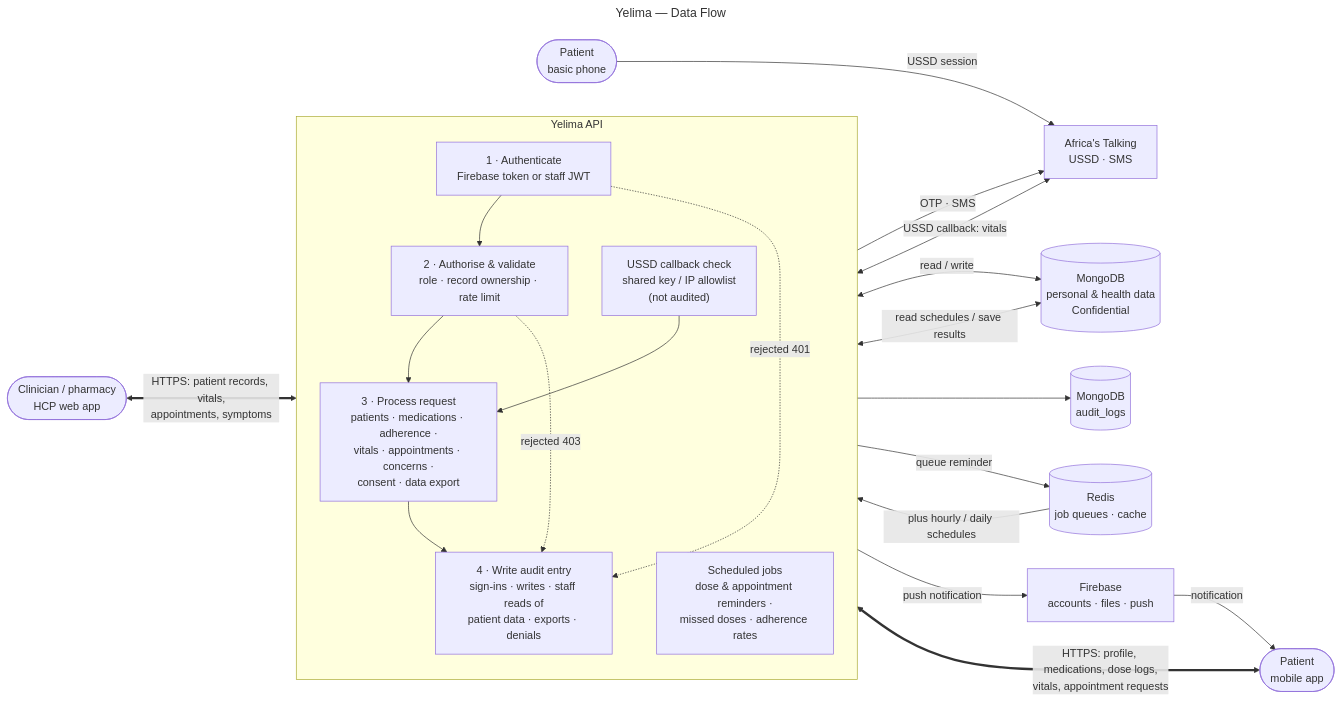
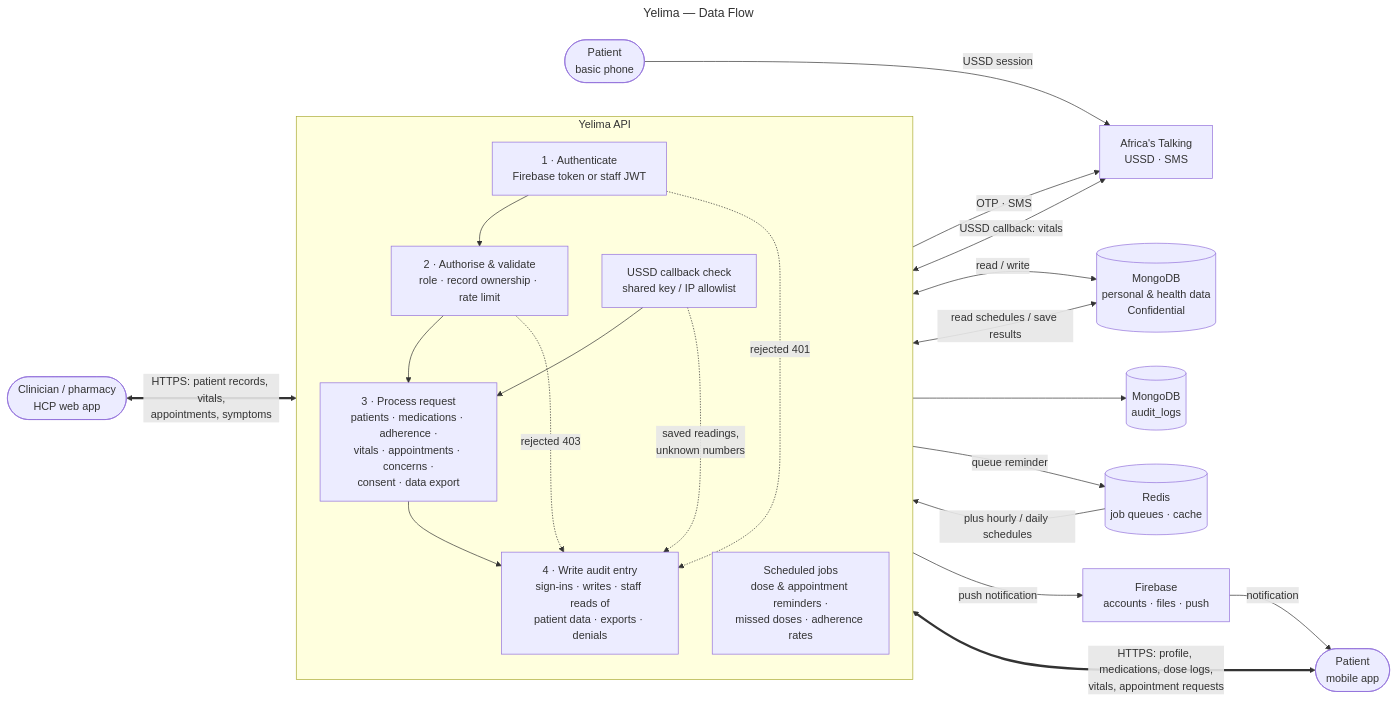
One commit to Zomujo/dnh-server changed the diagram in docs/diagrams/data-flow.mmd. Above: the diagram before and after it, drawn with Mermaid. The commit also changed 11 other files, not shown here.

First line of the commit message:
fix(data-protection): export reminder history and audit USSD readings

```diff
--- a/docs/diagrams/data-flow.mmd
+++ b/docs/diagrams/data-flow.mmd
@@ -1,38 +1,39 @@
 ---
 title: Yelima — Data Flow
 ---
 flowchart LR
   PA(["Patient<br/>mobile app"])
   PU(["Patient<br/>basic phone"])
   HC(["Clinician / pharmacy<br/>HCP web app"])
   AT["Africa's Talking<br/>USSD · SMS"]
 
   subgraph API["Yelima API"]
     direction TB
     A1["1 · Authenticate<br/>Firebase token or staff JWT"]
     A2["2 · Authorise & validate<br/>role · record ownership · rate limit"]
     A3["3 · Process request<br/>patients · medications · adherence ·<br/>vitals · appointments · concerns ·<br/>consent · data export"]
     A4["4 · Write audit entry<br/>sign-ins · writes · staff reads of<br/>patient data · exports · denials"]
     J["Scheduled jobs<br/>dose & appointment reminders ·<br/>missed doses · adherence rates"]
-    U1["USSD callback check<br/>shared key / IP allowlist<br/>(not audited)"]
+    U1["USSD callback check<br/>shared key / IP allowlist"]
     A1 --> A2 --> A3 --> A4
     A1 -. "rejected 401" .-> A4
     A2 -. "rejected 403" .-> A4
     U1 --> A3
+    U1 -. "saved readings,<br/>unknown numbers" .-> A4
   end
 
   DB[("MongoDB<br/>personal & health data<br/>Confidential")]
   AU[("MongoDB<br/>audit_logs")]
   RQ[("Redis<br/>job queues · cache")]
   FB["Firebase<br/>accounts · files · push"]
 
   PA <== "HTTPS: profile, medications, dose logs,<br/>vitals, appointment requests" ==> A1
   HC <== "HTTPS: patient records, vitals,<br/>appointments, symptoms" ==> A1
   PU -- "USSD session" --> AT
   AT <-- "USSD callback: vitals" --> U1
   A3 <-- "read / write" --> DB
   A4 --> AU
   A3 -- "queue reminder" --> RQ -- "plus hourly / daily schedules" --> J
   J <-- "read schedules / save results" --> DB
   J -- "push notification" --> FB -- "notification" --> PA
   A3 -- "OTP · SMS" --> AT
```
